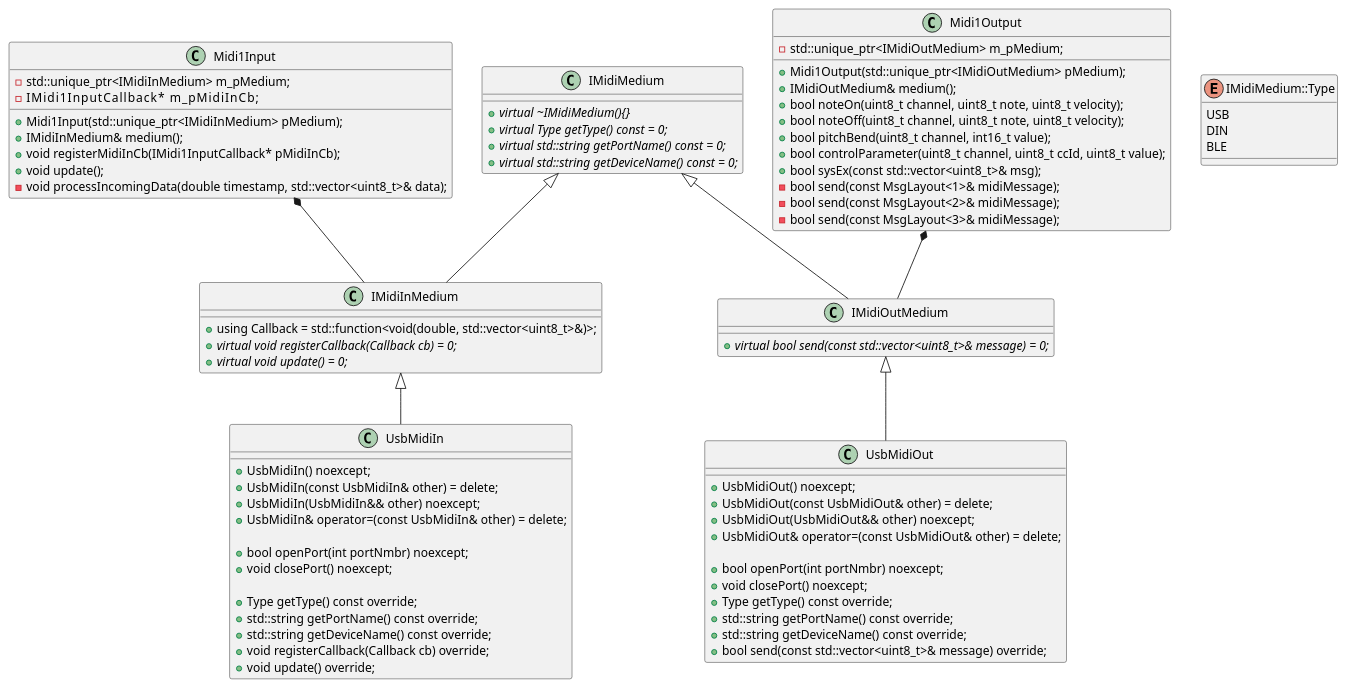
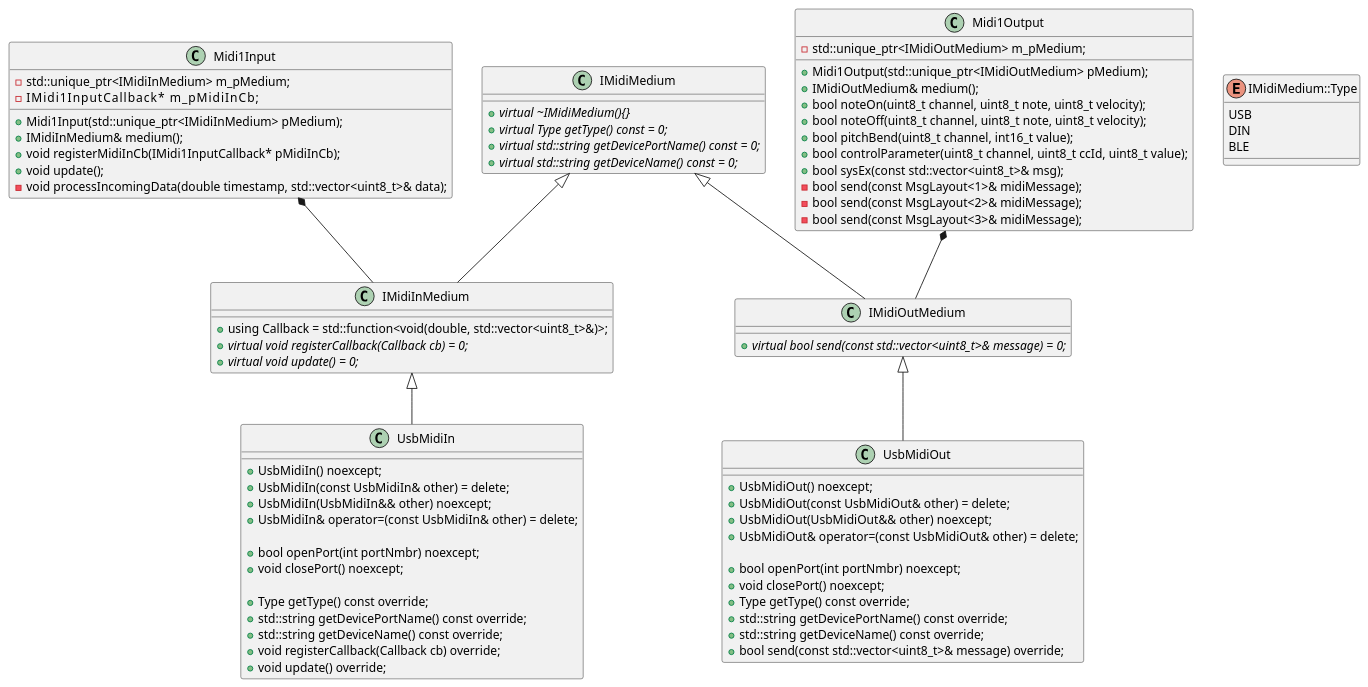
One commit to dliess/Midi changed the diagram in class-diagram.puml. Above: the diagram before and after it, drawn with PlantUML. The commit also changed 7 other files, not shown here.

```diff
--- a/class-diagram.puml
+++ b/class-diagram.puml
@@ -1,96 +1,96 @@
 @startuml
 
 class Midi1Input
 {
     +Midi1Input(std::unique_ptr<IMidiInMedium> pMedium);
     +IMidiInMedium& medium();
     +void registerMidiInCb(IMidi1InputCallback* pMidiInCb);
     +void update();
     -std::unique_ptr<IMidiInMedium> m_pMedium;
     -IMidi1InputCallback*           m_pMidiInCb;
     -void processIncomingData(double timestamp, std::vector<uint8_t>& data);
 }
 
 class Midi1Output
 {
     +Midi1Output(std::unique_ptr<IMidiOutMedium> pMedium);
     +IMidiOutMedium& medium();
     +bool noteOn(uint8_t channel, uint8_t note, uint8_t velocity);
     +bool noteOff(uint8_t channel, uint8_t note, uint8_t velocity);
     +bool pitchBend(uint8_t channel, int16_t value);
     +bool controlParameter(uint8_t channel, uint8_t ccId, uint8_t value);
     +bool sysEx(const std::vector<uint8_t>& msg);
     -std::unique_ptr<IMidiOutMedium> m_pMedium;
     -bool send(const MsgLayout<1>& midiMessage);
     -bool send(const MsgLayout<2>& midiMessage);
     -bool send(const MsgLayout<3>& midiMessage);
 }
 
 enum IMidiMedium::Type
 {
     USB
     DIN
     BLE
 }
 
 class IMidiMedium
 {
     +{abstract}virtual ~IMidiMedium(){}
     +{abstract}virtual Type getType() const = 0;
-    +{abstract}virtual std::string getPortName() const = 0;
+    +{abstract}virtual std::string getDevicePortName() const = 0;
     +{abstract}virtual std::string getDeviceName() const = 0;
 }
 
 class IMidiInMedium
 {
     +using Callback = std::function<void(double, std::vector<uint8_t>&)>;
     +{abstract}virtual void registerCallback(Callback cb) = 0;
     +{abstract}virtual void update() = 0;
 }
 
 class IMidiOutMedium
 {
     +{abstract}virtual bool send(const std::vector<uint8_t>& message) = 0;
 }
 
 class UsbMidiIn
 {
     +UsbMidiIn() noexcept;
     +UsbMidiIn(const UsbMidiIn& other) = delete;
     +UsbMidiIn(UsbMidiIn&& other) noexcept;
     +UsbMidiIn& operator=(const UsbMidiIn& other) = delete;
     
     +bool openPort(int portNmbr) noexcept;
     +void closePort() noexcept;
 
     +Type getType() const override;
-    +std::string getPortName() const override;
+    +std::string getDevicePortName() const override;
     +std::string getDeviceName() const override;
     +void registerCallback(Callback cb) override;
     +void update() override;
 }
 
 class UsbMidiOut
 {
     +UsbMidiOut() noexcept;
     +UsbMidiOut(const UsbMidiOut& other) = delete;
     +UsbMidiOut(UsbMidiOut&& other) noexcept;
     +UsbMidiOut& operator=(const UsbMidiOut& other) = delete;
 
     +bool openPort(int portNmbr) noexcept;
     +void closePort() noexcept;
     +Type getType() const override;
-    +std::string getPortName() const override;
+    +std::string getDevicePortName() const override;
     +std::string getDeviceName() const override;
     +bool send(const std::vector<uint8_t>& message) override;
 }
 
 IMidiMedium <|-- IMidiInMedium
 IMidiMedium <|-- IMidiOutMedium
 IMidiInMedium <|-- UsbMidiIn
 IMidiOutMedium  <|-- UsbMidiOut
 
 Midi1Input *-- IMidiInMedium
 Midi1Output *-- IMidiOutMedium
 
 @enduml
```
